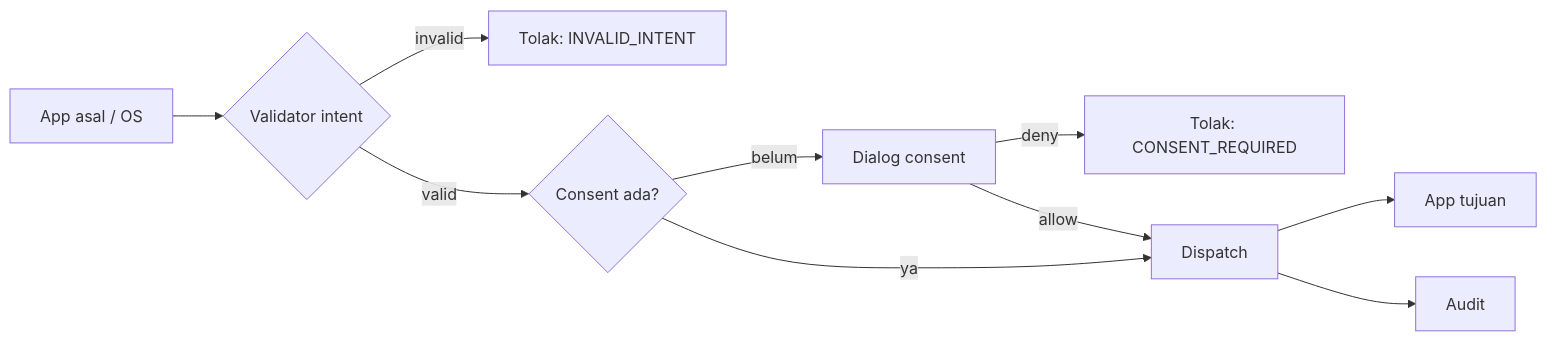
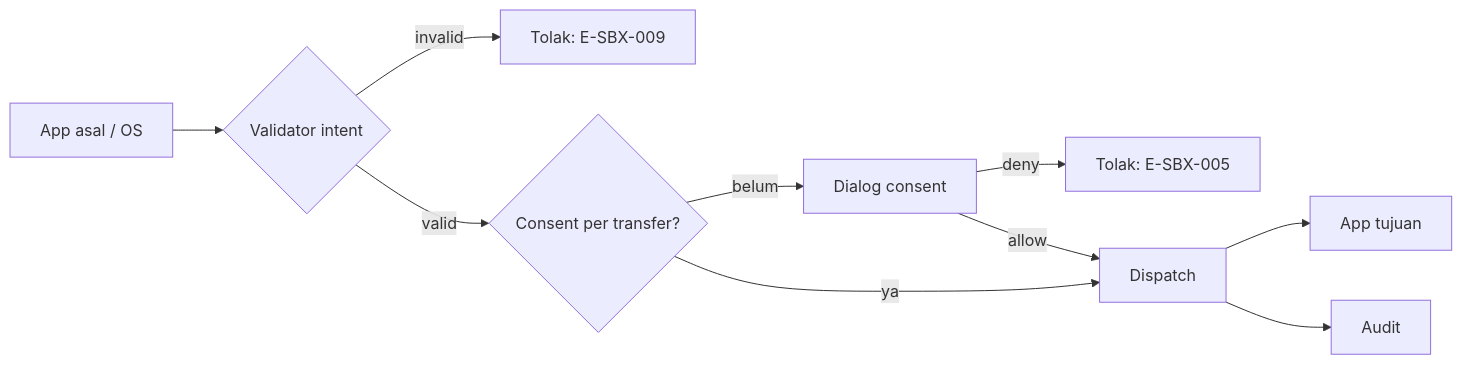
The second of 2 diagrams in docs/01-architecture/host-bridge-intents.md (Reinvy/microapp-studio), drawn with Mermaid before and after one commit. The commit also changed other lines of this file and 27 other files, not shown here.

````diff
--- a/docs/01-architecture/host-bridge-intents.md
+++ b/docs/01-architecture/host-bridge-intents.md
@@ -197,12 +205,12 @@
 ```mermaid
 flowchart LR
     SRC[App asal / OS] --> V{Validator intent}
-    V -->|invalid| R1[Tolak: INVALID_INTENT]
-    V -->|valid| C{Consent ada?}
+    V -->|invalid| R1[Tolak: E-SBX-009]
+    V -->|valid| C{Consent per transfer?}
     C -->|belum| P[Dialog consent]
-    P -->|deny| R2[Tolak: CONSENT_REQUIRED]
+    P -->|deny| R2[Tolak: E-SBX-005]
     P -->|allow| D[Dispatch]
     C -->|ya| D
     D --> T[App tujuan]
     D --> A[Audit]
 ```
````
